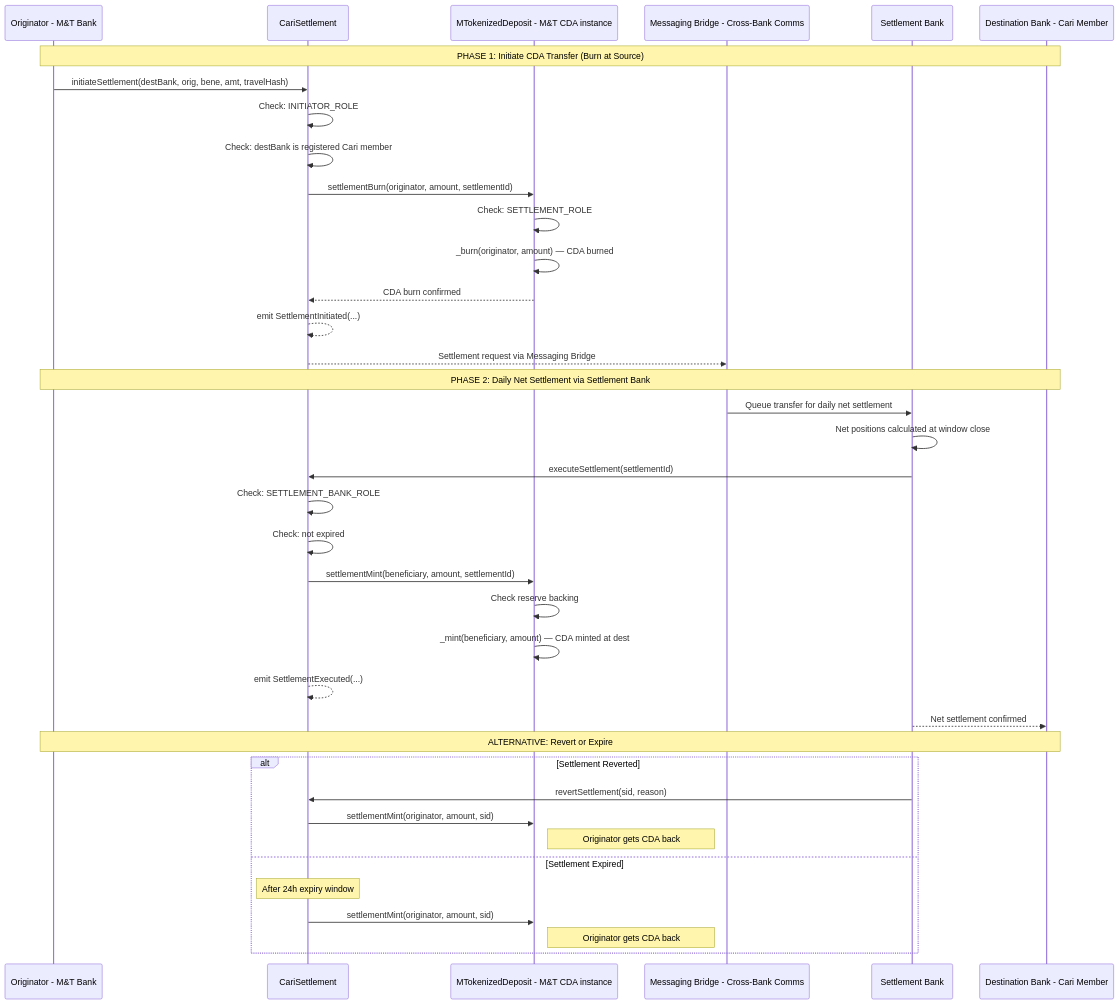
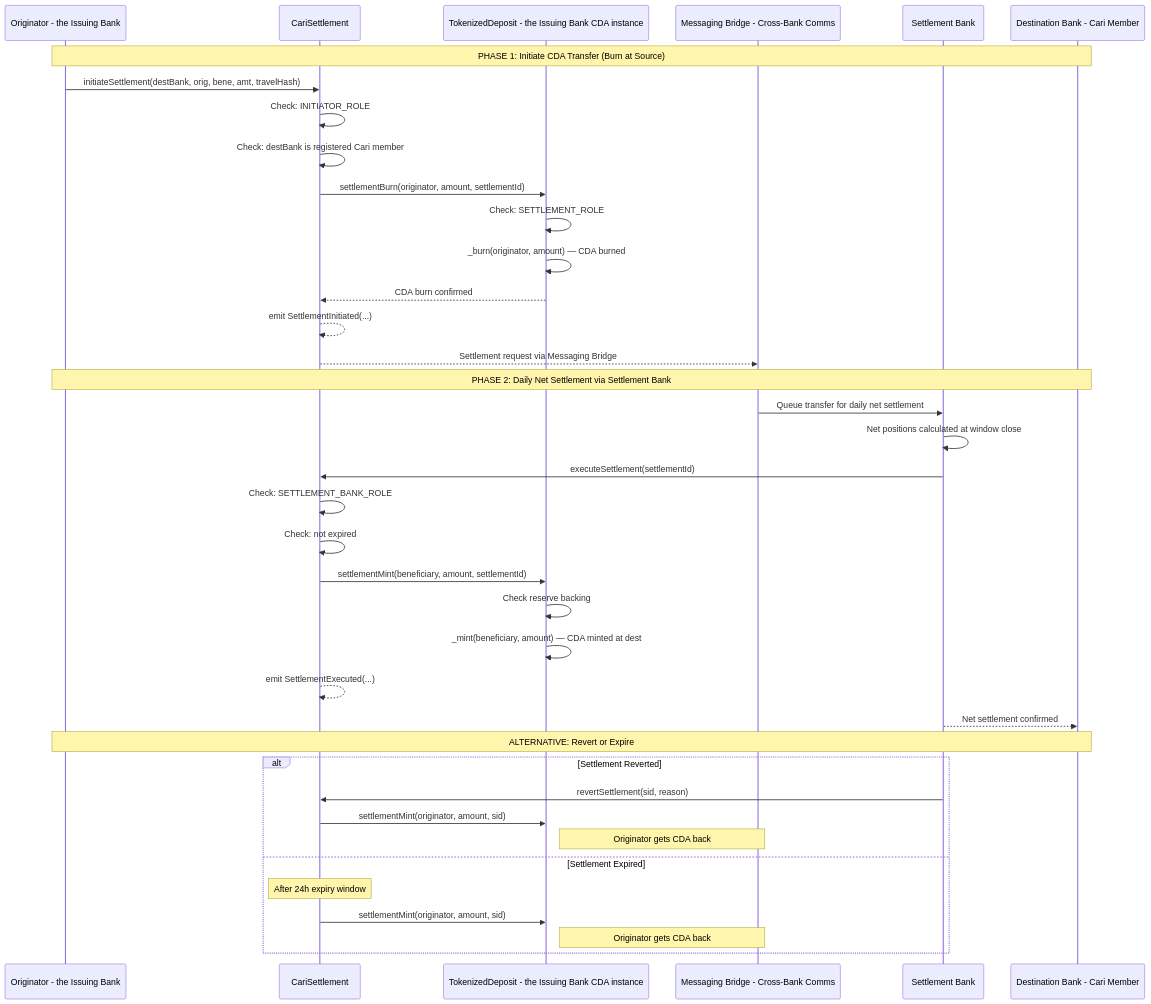
One commit to jnodes/tokenized-deposits changed the fourth of 6 diagrams in docs/contract_flow_diagrams.md. Above: the diagram before and after it, drawn with Mermaid. The commit also changed other lines of this file and 160 other files, not shown here.

````diff
--- a/docs/contract_flow_diagrams.md
+++ b/docs/contract_flow_diagrams.md
@@ -91,46 +91,46 @@
 ```mermaid
 sequenceDiagram
-    participant Originator as Originator - M&T Bank
+    participant Originator as Originator - the Issuing Bank
     participant Settlement as CariSettlement
-    participant Token as MTokenizedDeposit - M&T CDA instance
+    participant Token as TokenizedDeposit - the Issuing Bank CDA instance
     participant Bridge as Messaging Bridge - Cross-Bank Comms
     participant SBank as Settlement Bank
     participant DestBank as Destination Bank - Cari Member
 
     Note over Originator,DestBank: PHASE 1: Initiate CDA Transfer (Burn at Source)
 
     Originator->>Settlement: initiateSettlement(destBank, orig, bene, amt, travelHash)
     Settlement->>Settlement: Check: INITIATOR_ROLE
     Settlement->>Settlement: Check: destBank is registered Cari member
     Settlement->>Token: settlementBurn(originator, amount, settlementId)
     Token->>Token: Check: SETTLEMENT_ROLE
     Token->>Token: _burn(originator, amount) — CDA burned
     Token-->>Settlement: CDA burn confirmed
     Settlement-->>Settlement: emit SettlementInitiated(...)
     Settlement-->>Bridge: Settlement request via Messaging Bridge
 
     Note over Originator,DestBank: PHASE 2: Daily Net Settlement via Settlement Bank
 
     Bridge->>SBank: Queue transfer for daily net settlement
     SBank->>SBank: Net positions calculated at window close
     SBank->>Settlement: executeSettlement(settlementId)
     Settlement->>Settlement: Check: SETTLEMENT_BANK_ROLE
     Settlement->>Settlement: Check: not expired
     Settlement->>Token: settlementMint(beneficiary, amount, settlementId)
     Token->>Token: Check reserve backing
     Token->>Token: _mint(beneficiary, amount) — CDA minted at dest
     Settlement-->>Settlement: emit SettlementExecuted(...)
     SBank-->>DestBank: Net settlement confirmed
 
     Note over Originator,DestBank: ALTERNATIVE: Revert or Expire
 
     alt Settlement Reverted
         SBank->>Settlement: revertSettlement(sid, reason)
         Settlement->>Token: settlementMint(originator, amount, sid)
         Note right of Token: Originator gets CDA back
     else Settlement Expired
         Note over Settlement: After 24h expiry window
         Settlement->>Token: settlementMint(originator, amount, sid)
         Note right of Token: Originator gets CDA back
     end
 ```
````
